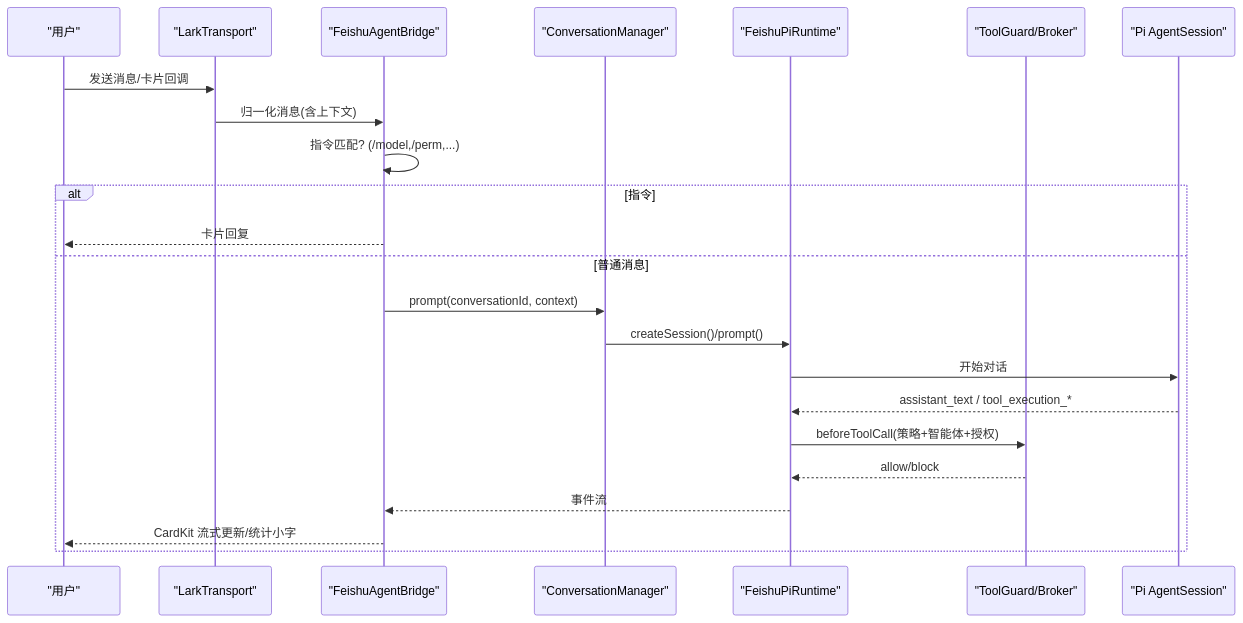
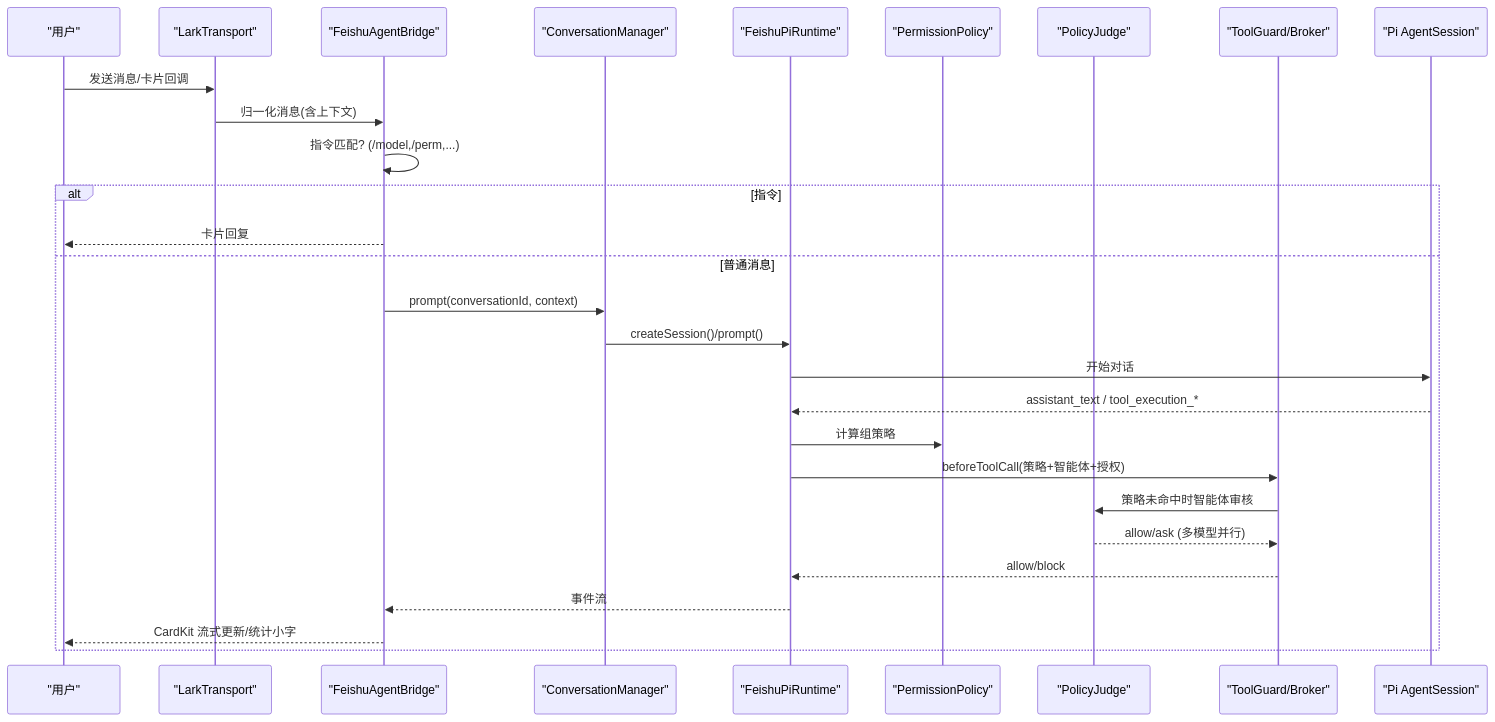
Before and after one commit to HeXiaoShu520/feishu-pi: the second of 9 diagrams in .qoder/repowiki/zh/content/架构设计/架构设计.md, drawn with Mermaid. The commit also changed other lines of this file and 47 other files, not shown here.

````diff
--- a/.qoder/repowiki/zh/content/架构设计/架构设计.md
+++ b/.qoder/repowiki/zh/content/架构设计/架构设计.md
@@ -106,25 +128,30 @@
 ```mermaid
 sequenceDiagram
 participant User as "用户"
 participant Lark as "LarkTransport"
 participant Bridge as "FeishuAgentBridge"
 participant CM as "ConversationManager"
 participant RT as "FeishuPiRuntime"
+participant Policy as "PermissionPolicy"
+participant Judge as "PolicyJudge"
 participant Guard as "ToolGuard/Broker"
 participant PI as "Pi AgentSession"
 User->>Lark : 发送消息/卡片回调
 Lark->>Bridge : 归一化消息(含上下文)
 Bridge->>Bridge : 指令匹配? (/model,/perm,...)
 alt 指令
 Bridge-->>User : 卡片回复
 else 普通消息
 Bridge->>CM : prompt(conversationId, context)
 CM->>RT : createSession()/prompt()
 RT->>PI : 开始对话
 PI-->>RT : assistant_text / tool_execution_*
+RT->>Policy : 计算组策略
 RT->>Guard : beforeToolCall(策略+智能体+授权)
+Guard->>Judge : 策略未命中时智能体审核
+Judge-->>Guard : allow/ask (多模型并行)
 Guard-->>RT : allow/block
 RT-->>Bridge : 事件流
 Bridge-->>User : CardKit 流式更新/统计小字
 end
 ```
````
